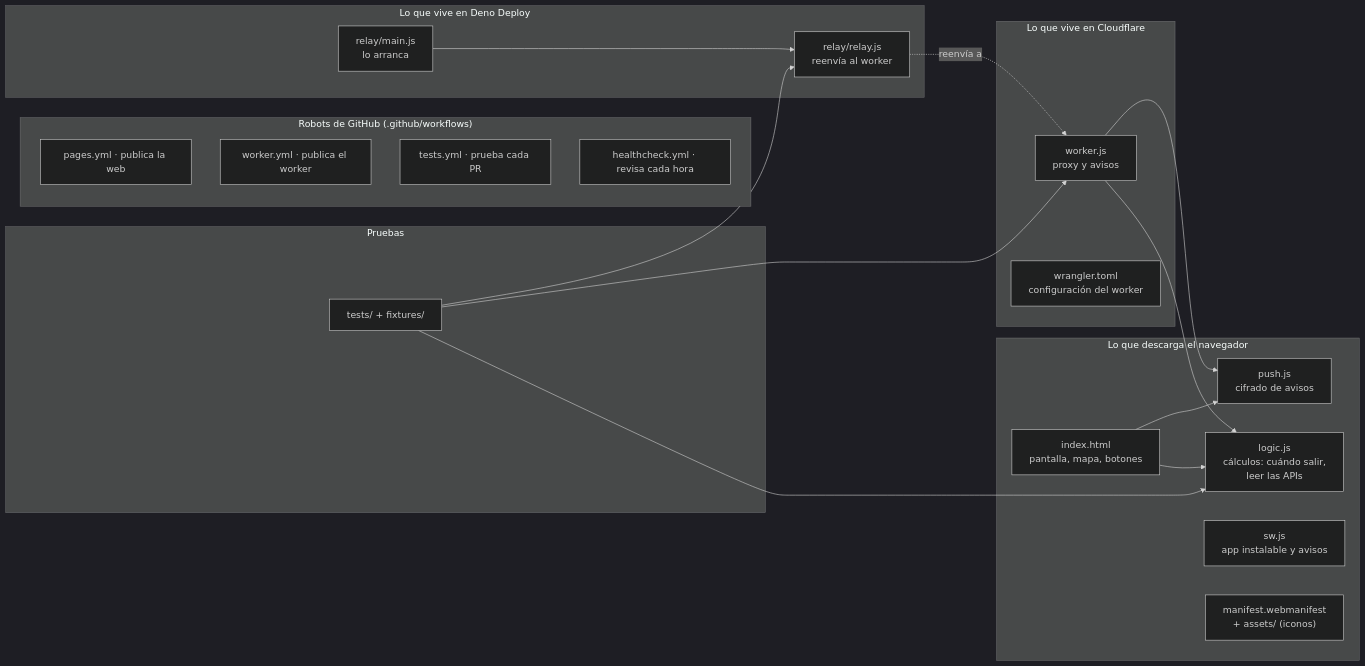
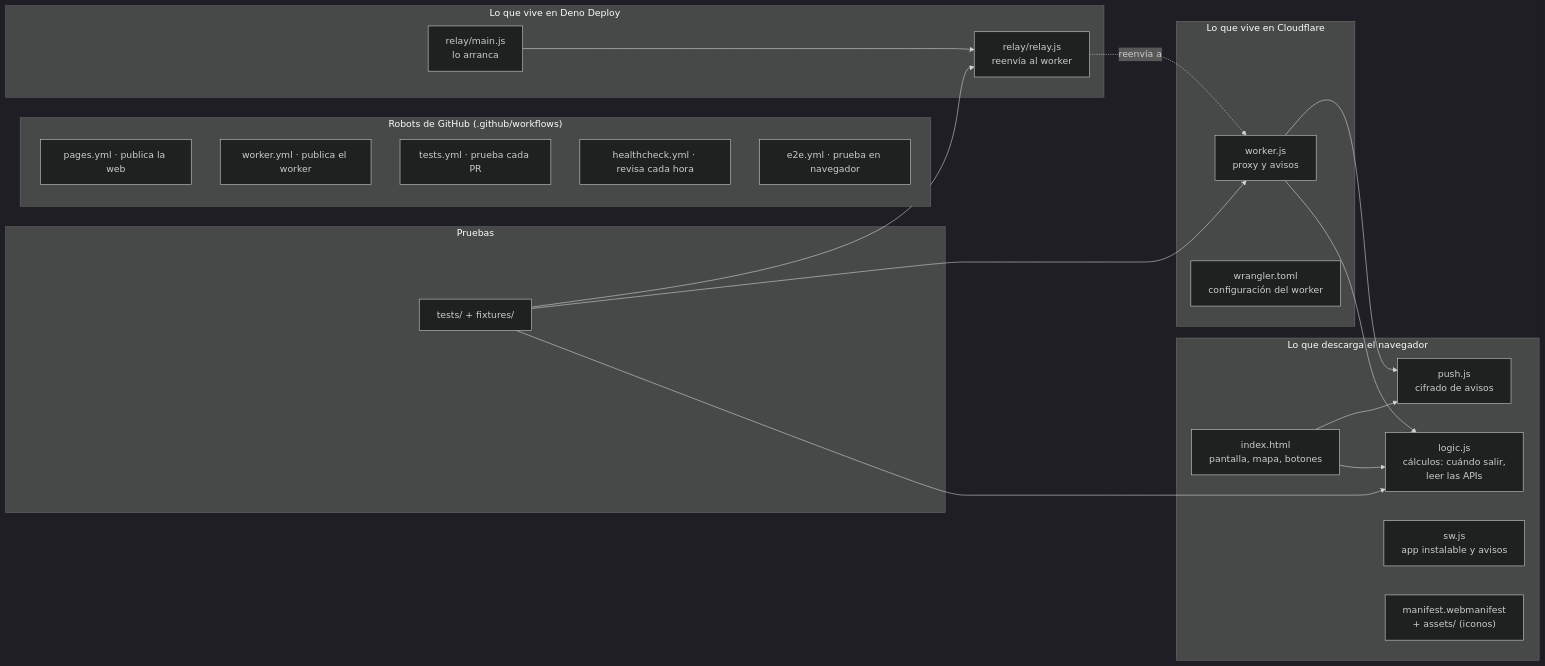
Diagram 17 of 17 in docs/GUIA.md (serbenda/marquesina), drawn with Mermaid (dark theme) before and after one commit. The commit also changed other lines of this file and 19 other files, not shown here.

````diff
--- a/docs/GUIA.md
+++ b/docs/GUIA.md
@@ -796,36 +821,37 @@
 ```mermaid
 flowchart LR
   subgraph Web["Lo que descarga el navegador"]
     I["index.html<br/>pantalla, mapa, botones"]
     L["logic.js<br/>cálculos: cuándo salir,<br/>leer las APIs"]
     P["push.js<br/>cifrado de avisos"]
     S["sw.js<br/>app instalable y avisos"]
     M["manifest.webmanifest<br/>+ assets/ (iconos)"]
   end
   subgraph Servidor["Lo que vive en Cloudflare"]
     W["worker.js<br/>proxy y avisos"]
     T["wrangler.toml<br/>configuración del worker"]
   end
   subgraph Respaldo["Lo que vive en Deno Deploy"]
     RJ["relay/relay.js<br/>reenvía al worker"]
     RM["relay/main.js<br/>lo arranca"]
   end
   subgraph Robots["Robots de GitHub (.github/workflows)"]
     R1["pages.yml · publica la web"]
     R2["worker.yml · publica el worker"]
     R3["tests.yml · prueba cada PR"]
     R4["healthcheck.yml · revisa cada hora"]
+    R5["e2e.yml · prueba en navegador"]
   end
   subgraph Pruebas["Pruebas"]
     TT["tests/ + fixtures/"]
   end
   I --> L
   I --> P
   W --> L
   W --> P
   TT --> L
   TT --> W
   TT --> RJ
   RM --> RJ
   RJ -. "reenvía a" .-> W
 ```
````
